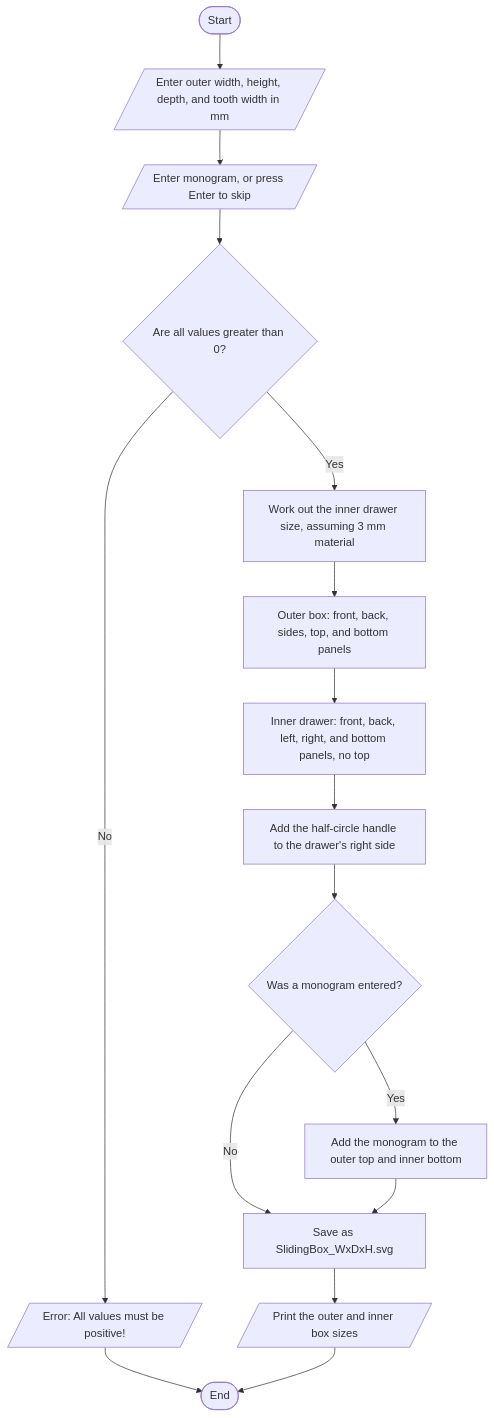
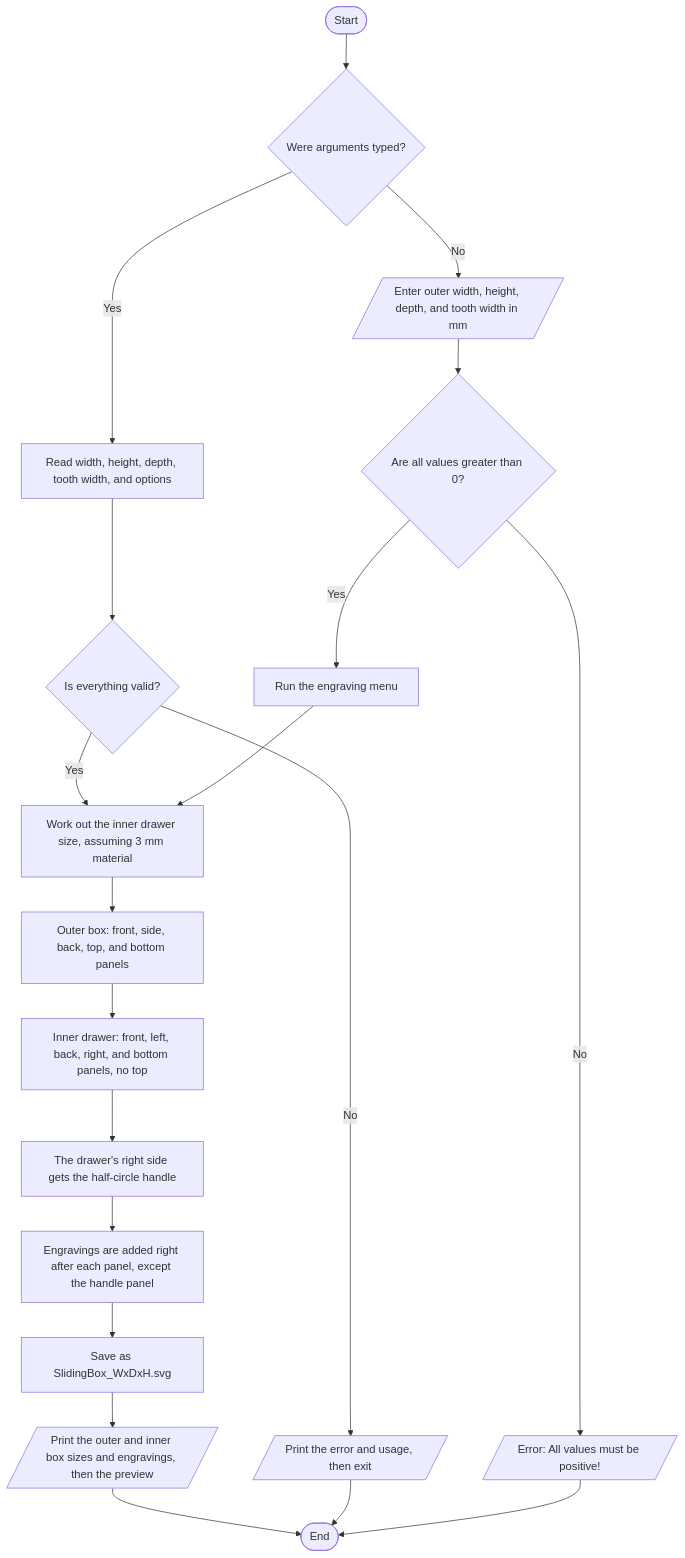
Before and after one commit to AkramIdriss/Jimothy3: the fifth of 7 diagrams in project work/FlowCharts.md, drawn with Mermaid. The commit also changed other lines of this file, not shown here.

Commit message:
Update flowcharts for the CLI

````diff
--- a/project work/FlowCharts.md
+++ b/project work/FlowCharts.md
@@ -67,18 +135,22 @@
 ```mermaid
 flowchart TD
-    A([Start]) --> B[/"Enter outer width, height, depth, and tooth width in mm"/]
-    B --> C[/"Enter monogram, or press Enter to skip"/]
-    C --> D{"Are all values greater than 0?"}
-    D -- No --> E[/"Error: All values must be positive!"/]
-    E --> Z([End])
-    D -- Yes --> F["Work out the inner drawer size, assuming 3 mm material"]
-    F --> G["Outer box: front, back, sides, top, and bottom panels"]
-    G --> H["Inner drawer: front, back, left, right, and bottom panels, no top"]
-    H --> I["Add the half-circle handle to the drawer's right side"]
-    I --> J{"Was a monogram entered?"}
-    J -- Yes --> K["Add the monogram to the outer top and inner bottom"]
-    J -- No --> L["Save as SlidingBox_WxDxH.svg"]
-    K --> L
-    L --> M[/"Print the outer and inner box sizes"/]
-    M --> Z
+    A([Start]) --> B{"Were arguments typed?"}
+    B -- Yes --> C["Read width, height, depth, tooth width, and options"]
+    C --> D{"Is everything valid?"}
+    D -- No --> E[/"Print the error and usage, then exit"/]
+    B -- No --> F[/"Enter outer width, height, depth, and tooth width in mm"/]
+    F --> G{"Are all values greater than 0?"}
+    G -- No --> H[/"Error: All values must be positive!"/]
+    G -- Yes --> I["Run the engraving menu"]
+    D -- Yes --> J["Work out the inner drawer size, assuming 3 mm material"]
+    I --> J
+    J --> K["Outer box: front, side, back, top, and bottom panels"]
+    K --> L["Inner drawer: front, left, back, right, and bottom panels, no top"]
+    L --> M["The drawer's right side gets the half-circle handle"]
+    M --> N["Engravings are added right after each panel, except the handle panel"]
+    N --> O["Save as SlidingBox_WxDxH.svg"]
+    O --> P[/"Print the outer and inner box sizes and engravings, then the preview"/]
+    P --> Z([End])
+    E --> Z
+    H --> Z
 ```
````
